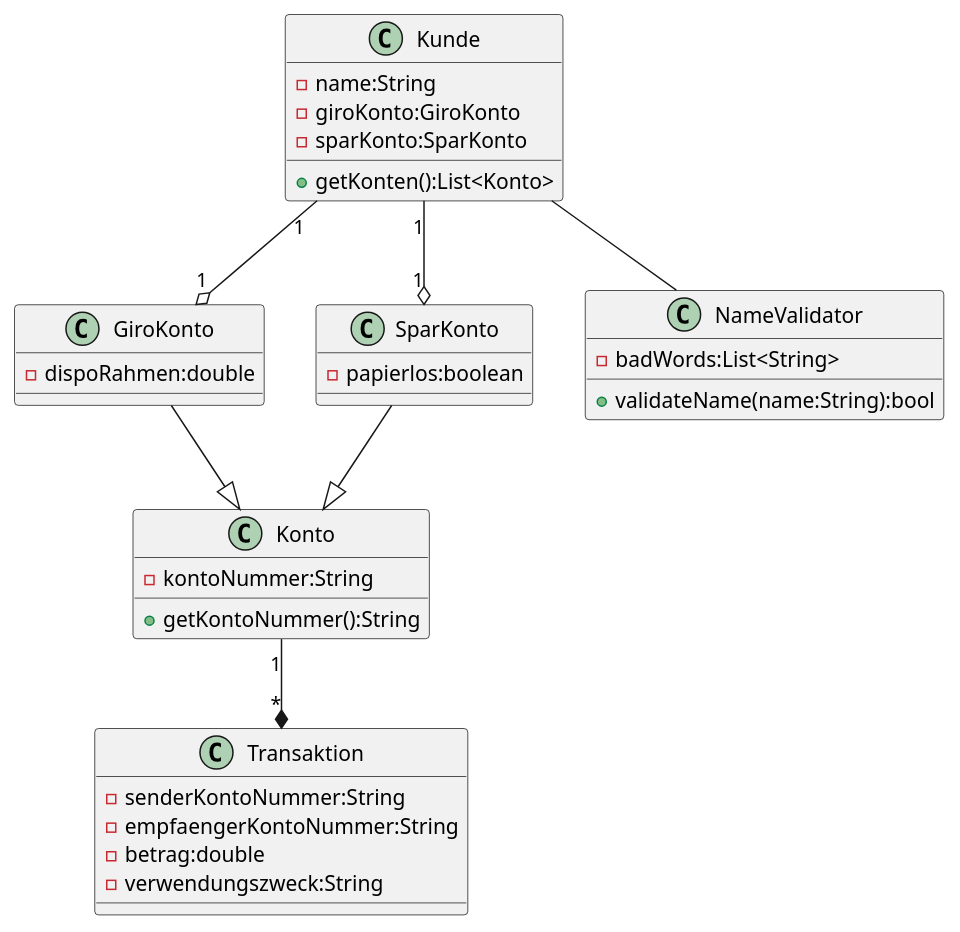
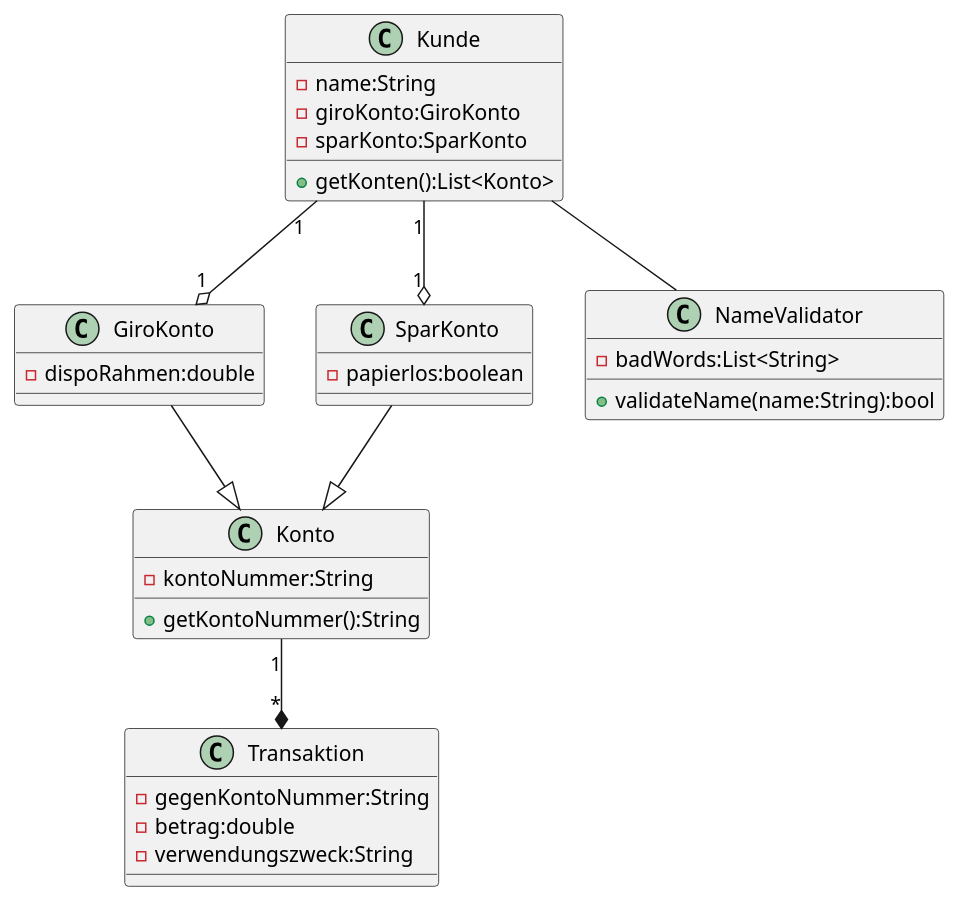
Before and after one commit to tauinger-de/training.java-basics: the diagram in diagrams/konten-exec12.puml, drawn with PlantUML.

Commit message:
fix to Transaktion

```diff
--- a/diagrams/konten-exec12.puml
+++ b/diagrams/konten-exec12.puml
@@ -1,42 +1,41 @@
 @startuml
 
 class Konto {
 -kontoNummer:String
 +getKontoNummer():String
 }
 
 class GiroKonto {
 -dispoRahmen:double
 }
 
 class SparKonto {
 -papierlos:boolean
 }
 
 class Transaktion {
--senderKontoNummer:String
--empfaengerKontoNummer:String
+-gegenKontoNummer:String
 -betrag:double
 -verwendungszweck:String
 }
 
 class Kunde {
 -name:String
 -giroKonto:GiroKonto
 -sparKonto:SparKonto
 +getKonten():List<Konto>
 }
 
 class NameValidator {
 -badWords:List<String>
 +validateName(name:String):bool
 }
 
 Konto "1" --* "*" Transaktion
 GiroKonto--|>Konto
 SparKonto--|>Konto
 Kunde "1" --o "1" GiroKonto
 Kunde "1" --o "1" SparKonto
 Kunde -- NameValidator
 
 @enduml
```
